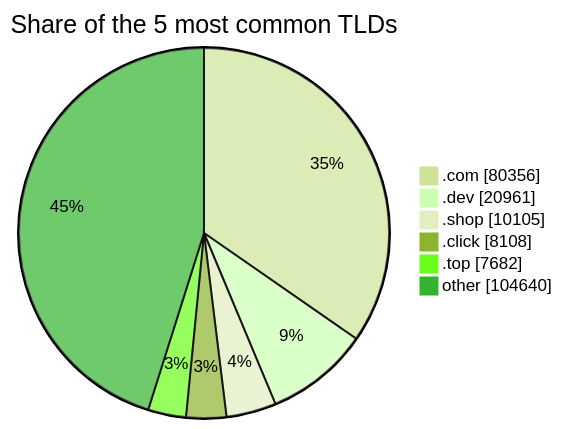
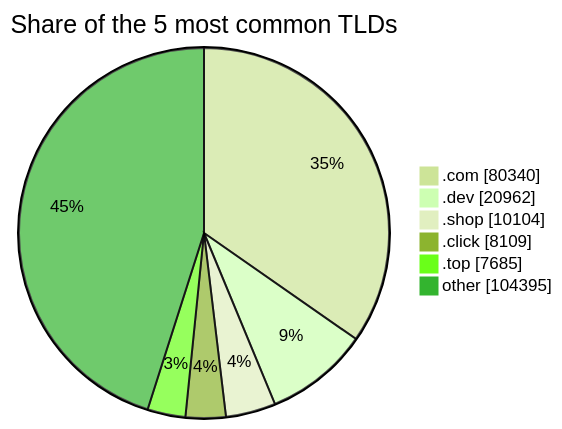
The third of 3 diagrams in README.md (DNSBunker/CTI), drawn with Mermaid (forest theme) before and after one commit. The commit also changed other lines of this file and 3 other files, not shown here.

````diff
--- a/README.md
+++ b/README.md
@@ -81,9 +81,9 @@
 ```mermaid
 pie showData title Share of the 5 most common TLDs
-    ".com" : 80356
-    ".dev" : 20961
-    ".shop" : 10105
-    ".click" : 8108
-    ".top" : 7682
-    "other" : 104640
+    ".com" : 80340
+    ".dev" : 20962
+    ".shop" : 10104
+    ".click" : 8109
+    ".top" : 7685
+    "other" : 104395
 ```
````
